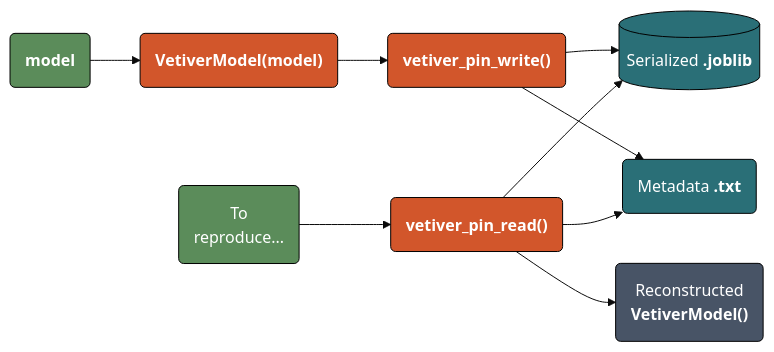
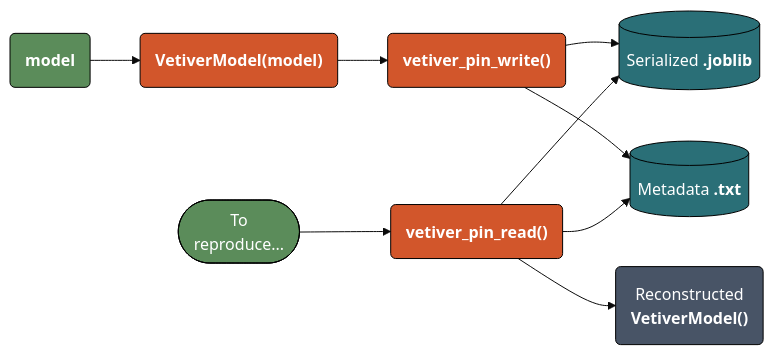
One commit to mjfrigaard/do4ds-labs changed the fourth of 5 diagrams in lab02.qmd. Above: the diagram before and after it, drawn with Mermaid. The commit also changed other lines of this file and 19 other files, not shown here.

````diff
--- a/lab02.qmd
+++ b/lab02.qmd
@@ -402,28 +404,28 @@
 ```{mermaid}
 %%| fig-cap: 'vetiver_pin_write()'
 %%| fig-align: 'center'
 %%{init: {'theme': 'base', 'themeVariables': {'fontFamily': 'monospace'}}}%%
 
 flowchart LR
     Mod("<strong>model</strong>") --> VetMod("<strong>VetiverModel(model)</strong>")
     VetMod --> VPW("<strong>vetiver_pin_write()</strong>")
     VPW --> Joblib[("Serialized <strong>.joblib</strong>")]
-    VPW --> Meta("Metadata <strong>.txt</strong>")
-    
-    Rep("To<br>reproduce...") --> VPR("<strong>vetiver_pin_read()</strong>")
+    VPW --> Meta[("Metadata <strong>.txt</strong>")]
+
+    Rep(["To<br>reproduce..."]) --> VPR("<strong>vetiver_pin_read()</strong>")
     VPR --> Joblib
     VPR --> Meta
     VPR --> Recon("Reconstructed<br><strong>VetiverModel()</strong>")
 
     %% Style for outputs %%
     style Mod fill:#5B8C5A,stroke:#000000,stroke-width:1px,color:#ffffff
     style VetMod fill:#D2562B,stroke:#000000,stroke-width:1px,color:#ffffff
     style VPW fill:#D2562B,stroke:#000000,stroke-width:1px,color:#ffffff
     style Joblib fill:#2A6F77,stroke:#000000,stroke-width:1px,color:#ffffff
     style Meta fill:#2A6F77,stroke:#000000,stroke-width:1px,color:#ffffff
     style Rep fill:#5B8C5A,stroke:#000000,stroke-width:1px,color:#ffffff
     style VPR fill:#D2562B,stroke:#000000,stroke-width:1px,color:#ffffff
     style Recon fill:#485466,stroke:#000000,stroke-width:1px,color:#ffffff
 
 
 ```
````
